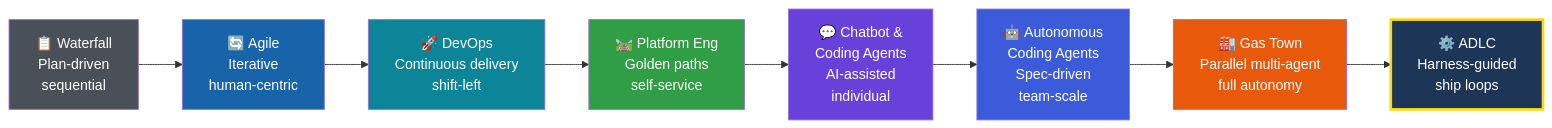
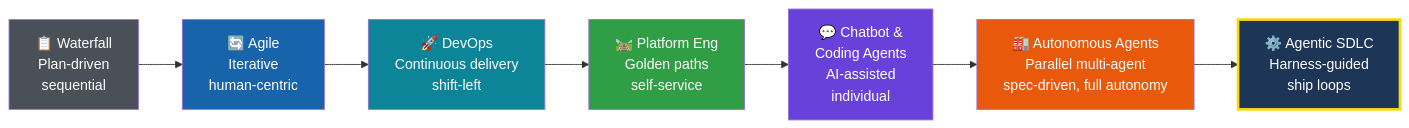
The first of 2 diagrams in _posts/2026-03-29-software-engineering-agentic-era-discipline-is-the-multiplier.md (sriaradhyula/sriaradhyula.github.io), drawn with Mermaid before and after one commit. The commit also changed other lines of this file and 1 other file, not shown here.

First line of the commit message:
feat(blog): publish agentic era SDLC post with final edits

````diff
--- a/_posts/2026-03-29-software-engineering-agentic-era-discipline-is-the-multiplier.md
+++ b/_posts/2026-03-29-software-engineering-agentic-era-discipline-is-the-multiplier.md
@@ -108,22 +104,20 @@
 ```mermaid
 flowchart LR
     W["📋 Waterfall<br/>Plan-driven<br/>sequential"]
     AG["🔄 Agile<br/>Iterative<br/>human-centric"]
     DV["🚀 DevOps<br/>Continuous delivery<br/>shift-left"]
     PE["🛤️ Platform Eng<br/>Golden paths<br/>self-service"]
     CB["💬 Chatbot &<br/>Coding Agents<br/>AI-assisted<br/>individual"]
-    AU["🤖 Autonomous<br/>Coding Agents<br/>Spec-driven<br/>team-scale"]
-    GT["🏭 Gas Town<br/>Parallel multi-agent<br/>full autonomy"]
-    AD["⚙️ ADLC<br/>Harness-guided<br/>ship loops"]
+    GT["🏭 Autonomous Agents<br/>Parallel multi-agent<br/>spec-driven, full autonomy"]
+    AD["⚙️ Agentic SDLC<br/>Harness-guided<br/>ship loops"]
 
-    W --> AG --> DV --> PE --> CB --> AU --> GT --> AD
+    W --> AG --> DV --> PE --> CB --> GT --> AD
 
     style W fill:#495057,color:#fff
     style AG fill:#1864ab,color:#fff
     style DV fill:#0c8599,color:#fff
     style PE fill:#2f9e44,color:#fff
     style CB fill:#6741d9,color:#fff
-    style AU fill:#3b5bdb,color:#fff
     style GT fill:#e8590c,color:#fff
     style AD fill:#1d3557,color:#fff,stroke:#ffd60a,stroke-width:3px
 ```
````
